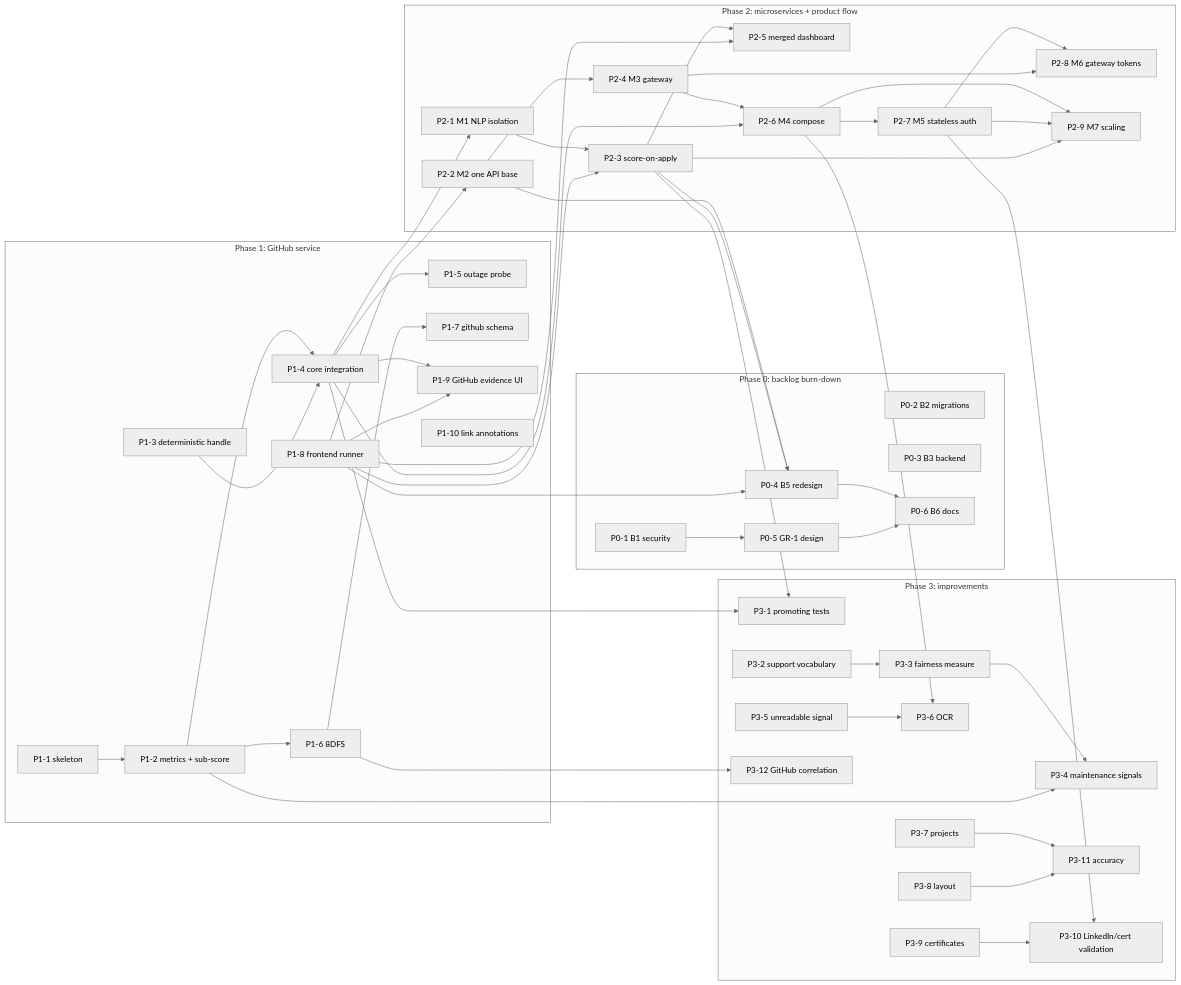
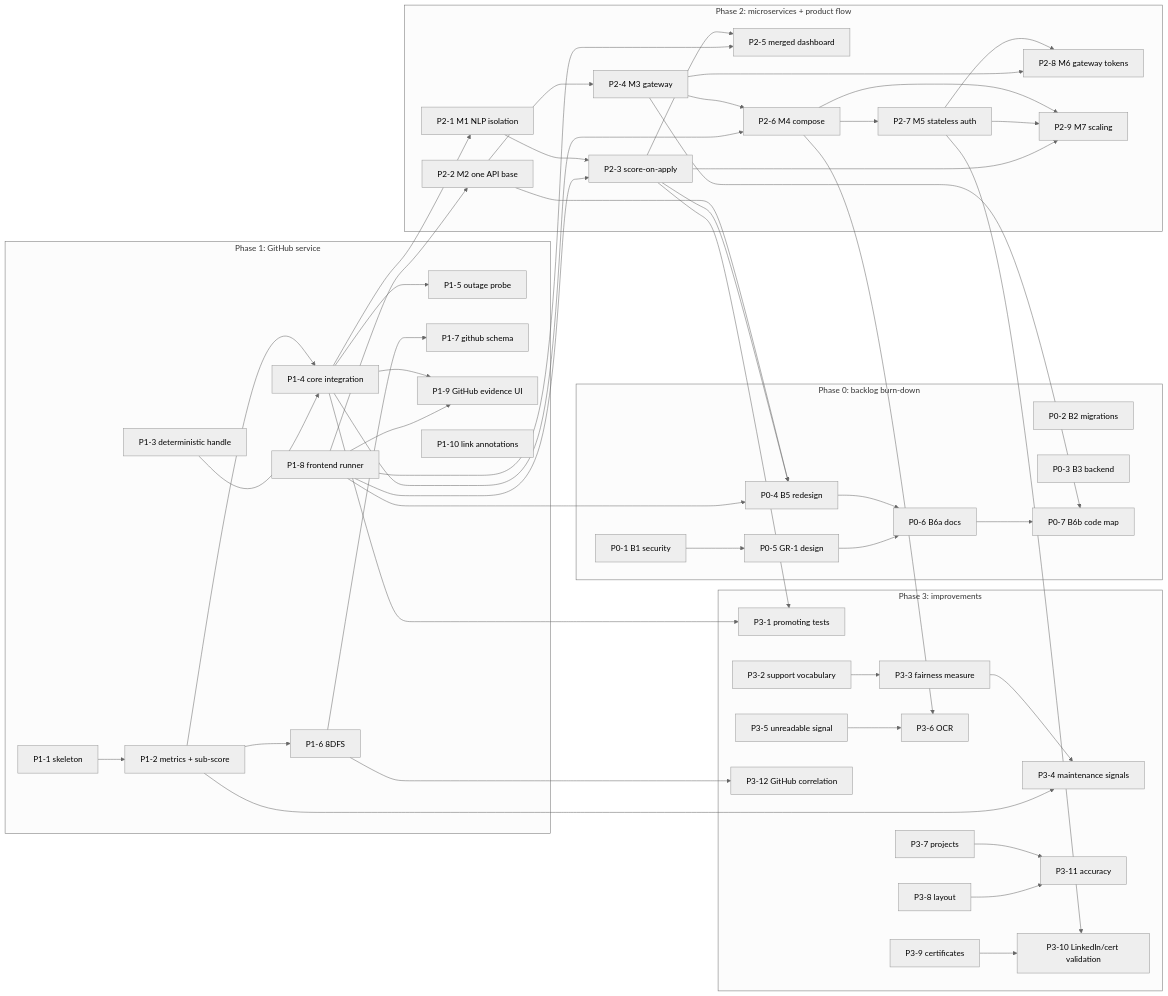
Before and after one commit to C72-BTECH-PROJECT/Patina: the second of 2 diagrams in ROADMAP.md, drawn with Mermaid (neutral theme). The commit also changed other lines of this file and 35 other files, not shown here.

````diff
--- a/ROADMAP.md
+++ b/ROADMAP.md
@@ -479,63 +468,65 @@
 ```mermaid
 flowchart LR
   subgraph P0 [Phase 0: backlog burn-down]
     P0_1["P0-1 B1 security"] --> P0_5["P0-5 GR-1 design"]
     P0_2["P0-2 B2 migrations"]
     P0_3["P0-3 B3 backend"]
-    P0_4["P0-4 B5 redesign"] --> P0_6["P0-6 B6 docs"]
+    P0_4["P0-4 B5 redesign"] --> P0_6["P0-6 B6a docs"]
     P0_5 --> P0_6
+    P0_6 --> P0_7["P0-7 B6b code map"]
   end
   subgraph P1 [Phase 1: GitHub service]
     P1_1["P1-1 skeleton"] --> P1_2["P1-2 metrics + sub-score"]
     P1_3["P1-3 deterministic handle"]
     P1_2 --> P1_4["P1-4 core integration"]
     P1_3 --> P1_4
     P1_4 --> P1_5["P1-5 outage probe"]
     P1_2 --> P1_6["P1-6 8DFS"]
     P1_6 --> P1_7["P1-7 github schema"]
     P1_8["P1-8 frontend runner"]
     P1_4 --> P1_9["P1-9 GitHub evidence UI"]
     P1_8 --> P1_9
     P1_10["P1-10 link annotations"]
   end
   subgraph P2 [Phase 2: microservices + product flow]
     P2_1["P2-1 M1 NLP isolation"]
     P2_2["P2-2 M2 one API base"]
     P2_3["P2-3 score-on-apply"]
     P2_4["P2-4 M3 gateway"]
     P2_5["P2-5 merged dashboard"]
     P2_6["P2-6 M4 compose"]
     P2_7["P2-7 M5 stateless auth"]
     P2_8["P2-8 M6 gateway tokens"]
     P2_9["P2-9 M7 scaling"]
     P2_1 --> P2_3 --> P2_5
     P2_2 --> P2_4 --> P2_6 --> P2_7 --> P2_8
     P2_4 --> P2_8
     P2_6 --> P2_9
     P2_7 --> P2_9
     P2_3 --> P2_9
   end
   P1_4 --> P2_1
   P1_8 --> P2_2
   P1_8 --> P2_3
   P1_8 --> P2_5
   P1_4 --> P2_6
   subgraph P3 [Phase 3: improvements]
     P3_1["P3-1 promoting tests"]
     P3_2["P3-2 support vocabulary"] --> P3_3["P3-3 fairness measure"] --> P3_4["P3-4 maintenance signals"]
     P3_5["P3-5 unreadable signal"] --> P3_6["P3-6 OCR"]
     P3_7["P3-7 projects"] --> P3_11["P3-11 accuracy"]
     P3_8["P3-8 layout"] --> P3_11
     P3_9["P3-9 certificates"] --> P3_10["P3-10 LinkedIn/cert validation"]
     P3_12["P3-12 GitHub correlation"]
   end
   P1_4 --> P3_1
   P2_3 --> P3_1
   P1_2 --> P3_4
   P2_6 --> P3_6
   P1_8 --> P0_4
   P2_2 --> P0_4
   P2_3 --> P0_4
+  P2_4 --> P0_7
   P2_7 --> P3_10
   P1_6 --> P3_12
 ```
````
